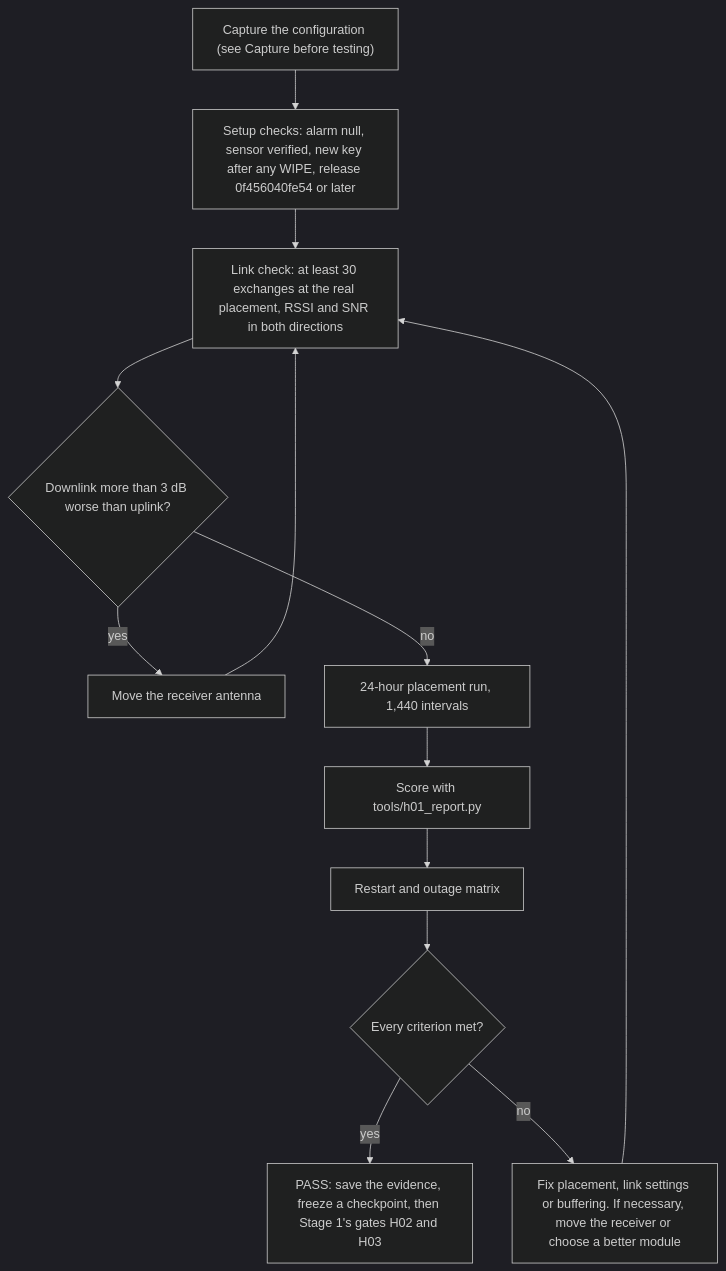
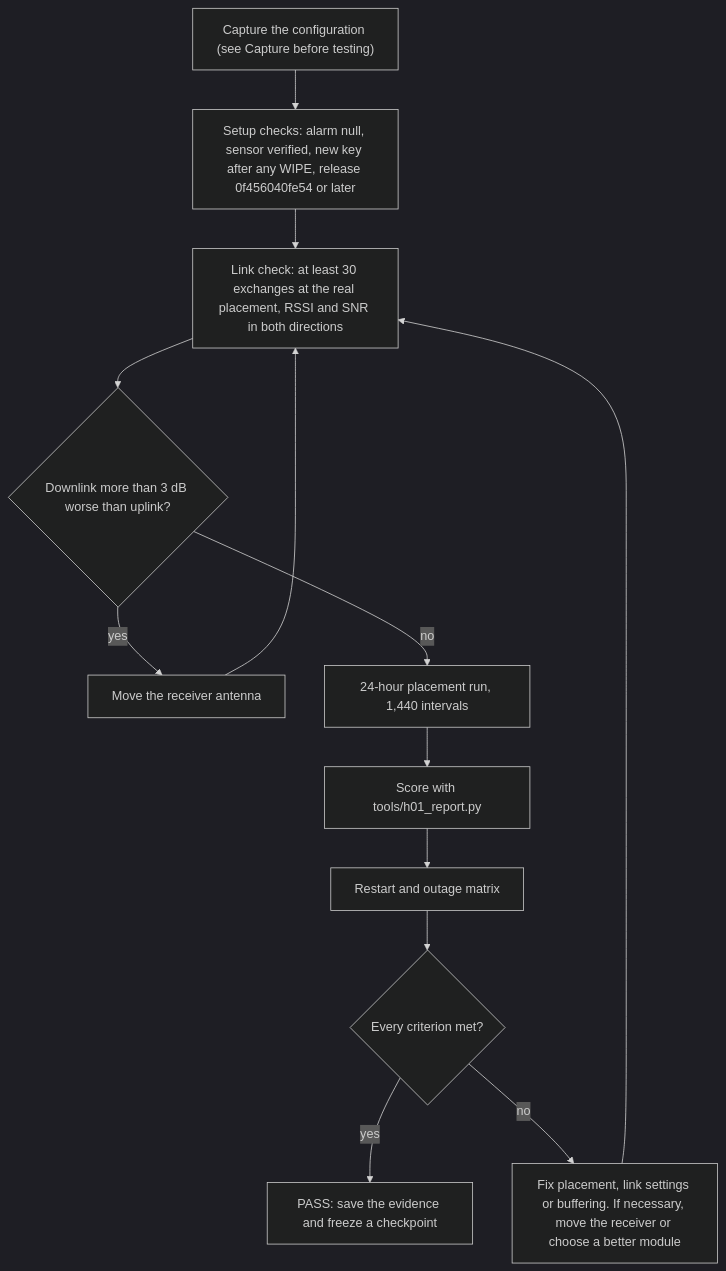
One commit to clintecker/weather-station-2026 changed the diagram in docs/H01-checklist.md. Above: the diagram before and after it, drawn with Mermaid (dark theme). The commit also changed other lines of this file and 192 other files, not shown here.

````diff
--- a/docs/H01-checklist.md
+++ b/docs/H01-checklist.md
@@ -14,15 +14,15 @@
 ```mermaid
 flowchart TD
   C["Capture the configuration (see Capture before testing)"] --> S["Setup checks: alarm null, sensor verified, new key after any WIPE, release 0f456040fe54 or later"]
   S --> L["Link check: at least 30 exchanges at the real placement, RSSI and SNR in both directions"]
   L --> M{"Downlink more than 3 dB worse than uplink?"}
   M -- yes --> A["Move the receiver antenna"]
   A --> L
   M -- no --> R["24-hour placement run, 1,440 intervals"]
   R --> SC["Score with tools/h01_report.py"]
   SC --> X["Restart and outage matrix"]
   X --> D{"Every criterion met?"}
-  D -- yes --> P["PASS: save the evidence, freeze a checkpoint, then Stage 1's gates H02 and H03"]
+  D -- yes --> P["PASS: save the evidence and freeze a checkpoint"]
   D -- no --> F["Fix placement, link settings or buffering. If necessary, move the receiver or choose a better module"]
   F --> L
 ```
````
